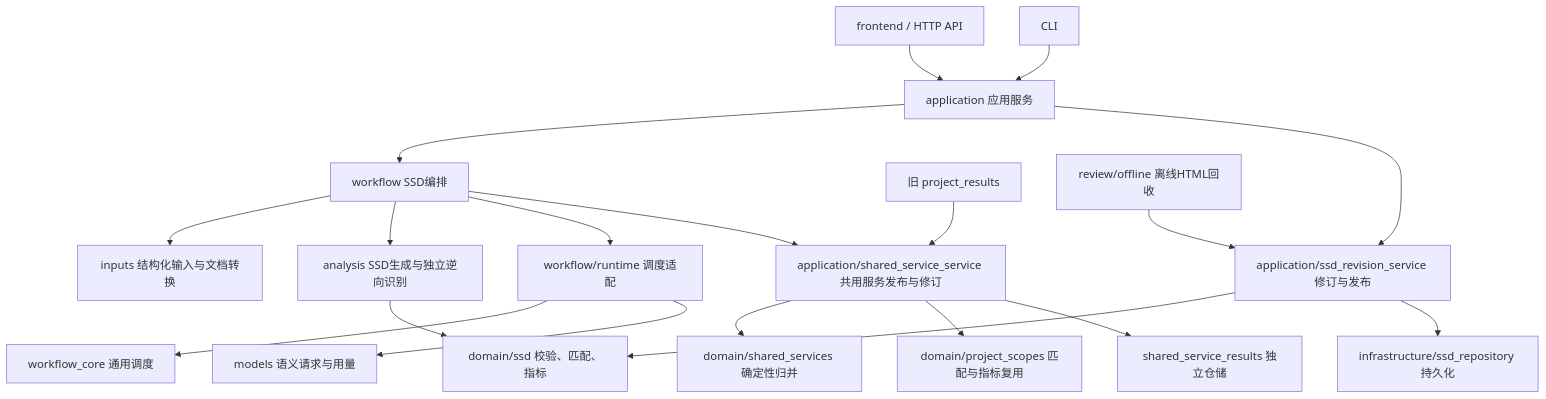
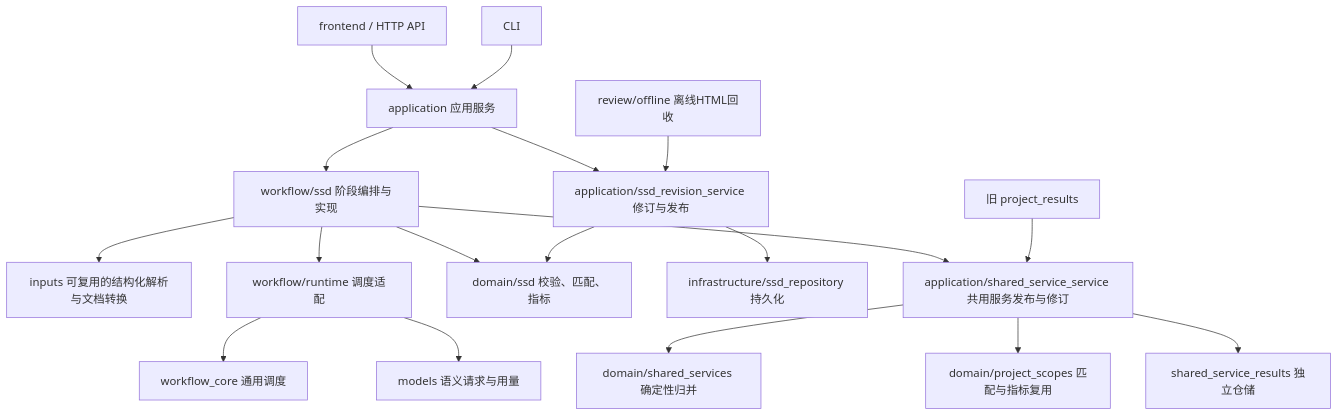
One commit to Yangkailiang1/Scene_Completion changed the diagram in docs/architecture/code-guide.md. Above: the diagram before and after it, drawn with Mermaid. The commit also changed other lines of this file and 68 other files, not shown here.

First line of the commit message:
Organize SSD implementation by conversion and workflow stage

````diff
--- a/docs/architecture/code-guide.md
+++ b/docs/architecture/code-guide.md
@@ -7,21 +7,20 @@
 ```mermaid
 flowchart TD
     Web[frontend / HTTP API] --> App[application 应用服务]
     CLI[CLI] --> App
-    App --> Plan[workflow SSD编排]
-    Plan --> Input[inputs 结构化输入与文档转换]
-    Plan --> Analysis[analysis SSD生成与独立逆向识别]
+    App --> Plan[workflow/ssd 阶段编排与实现]
+    Plan --> Input[inputs 可复用的结构化解析与文档转换]
     Plan --> Runtime[workflow/runtime 调度适配]
     Runtime --> Core[workflow_core 通用调度]
     Runtime --> Models[models 语义请求与用量]
-    Analysis --> Domain[domain/ssd 校验、匹配、指标]
+    Plan --> Domain[domain/ssd 校验、匹配、指标]
     App --> Revision[application/ssd_revision_service 修订与发布]
     Revision --> Domain
     Revision --> Repository[infrastructure/ssd_repository 持久化]
     Plan --> Merge[application/shared_service_service 共用服务发布与修订]
     Merge --> Aggregate[domain/shared_services 确定性归并]
     Merge --> ProjectDomain[domain/project_scopes 匹配与指标复用]
     Merge --> Store[shared_service_results 独立仓储]
     Historical[旧 project_results] --> Merge
     Offline[review/offline 离线HTML回收] --> Revision
 ```
````
